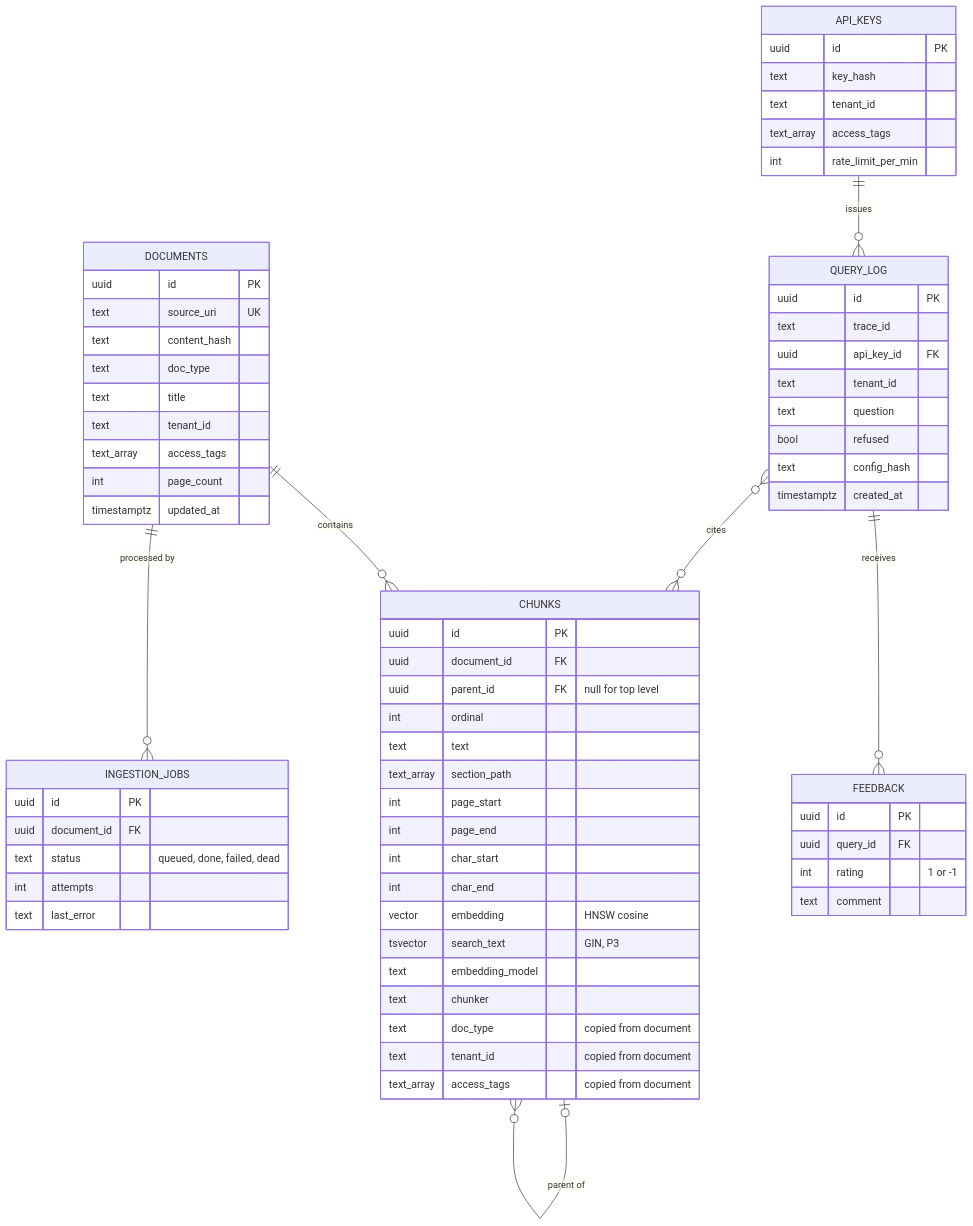
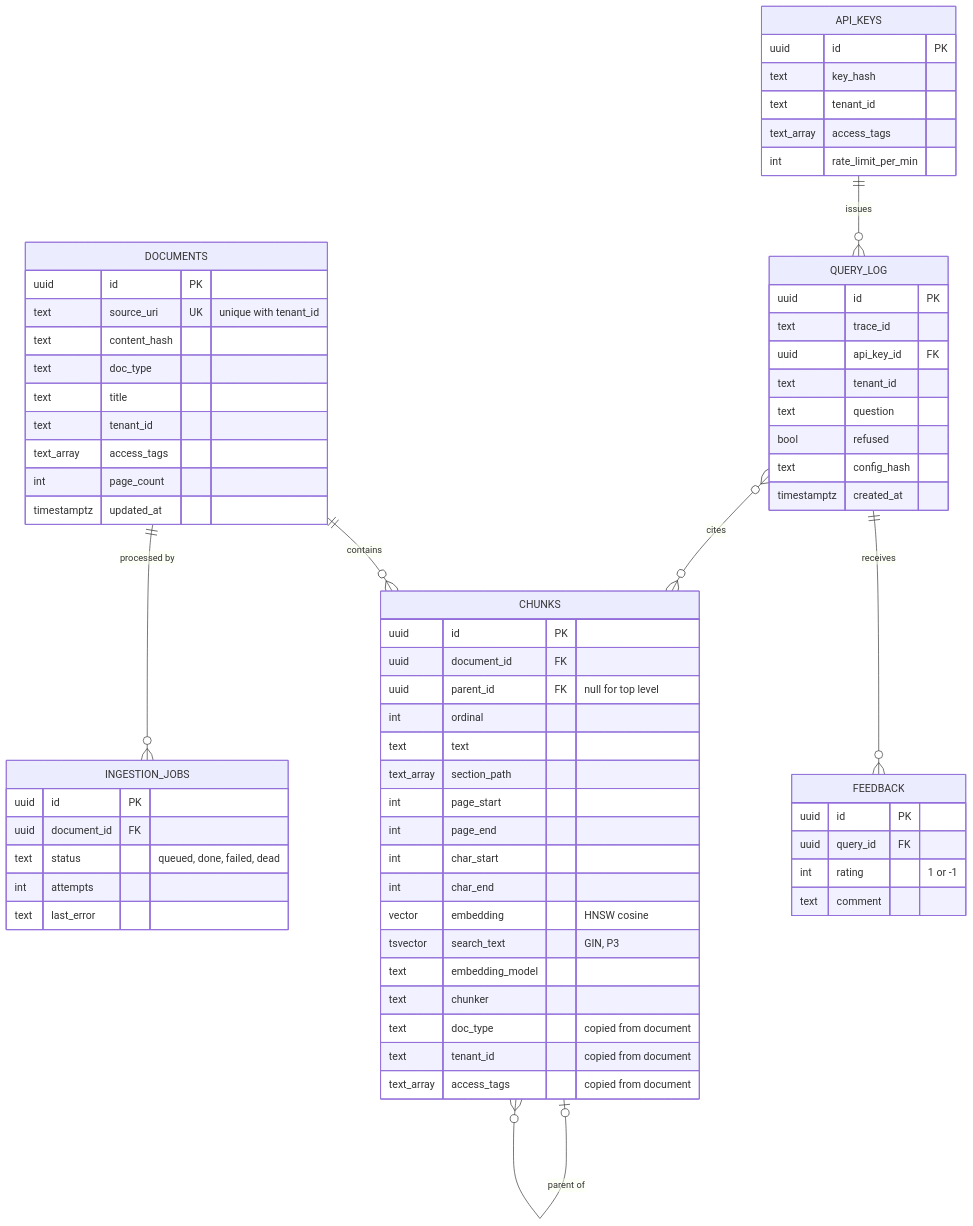
Before and after one commit to GhassenJamoussi99/open-rag-engine: the fifth of 5 diagrams in docs/architecture/06-domain-model.md, drawn with Mermaid. The commit also changed other lines of this file and 36 other files, not shown here.

````diff
--- a/docs/architecture/06-domain-model.md
+++ b/docs/architecture/06-domain-model.md
@@ -307,70 +307,70 @@
 ```mermaid
 erDiagram
     DOCUMENTS ||--o{ CHUNKS : contains
     CHUNKS |o--o{ CHUNKS : "parent of"
     DOCUMENTS ||--o{ INGESTION_JOBS : "processed by"
     QUERY_LOG ||--o{ FEEDBACK : receives
     QUERY_LOG }o--o{ CHUNKS : cites
     API_KEYS ||--o{ QUERY_LOG : issues
 
     DOCUMENTS {
         uuid id PK
-        text source_uri UK
+        text source_uri UK "unique with tenant_id"
         text content_hash
         text doc_type
         text title
         text tenant_id
         text_array access_tags
         int page_count
         timestamptz updated_at
     }
     CHUNKS {
         uuid id PK
         uuid document_id FK
         uuid parent_id FK "null for top level"
         int ordinal
         text text
         text_array section_path
         int page_start
         int page_end
         int char_start
         int char_end
         vector embedding "HNSW cosine"
         tsvector search_text "GIN, P3"
         text embedding_model
         text chunker
         text doc_type "copied from document"
         text tenant_id "copied from document"
         text_array access_tags "copied from document"
     }
     INGESTION_JOBS {
         uuid id PK
         uuid document_id FK
         text status "queued, done, failed, dead"
         int attempts
         text last_error
     }
     QUERY_LOG {
         uuid id PK
         text trace_id
         uuid api_key_id FK
         text tenant_id
         text question
         bool refused
         text config_hash
         timestamptz created_at
     }
     FEEDBACK {
         uuid id PK
         uuid query_id FK
         int rating "1 or -1"
         text comment
     }
     API_KEYS {
         uuid id PK
         text key_hash
         text tenant_id
         text_array access_tags
         int rate_limit_per_min
     }
 ```
````
